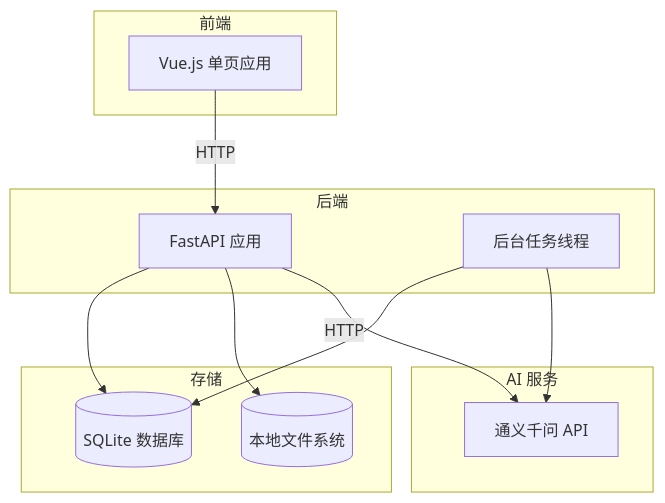
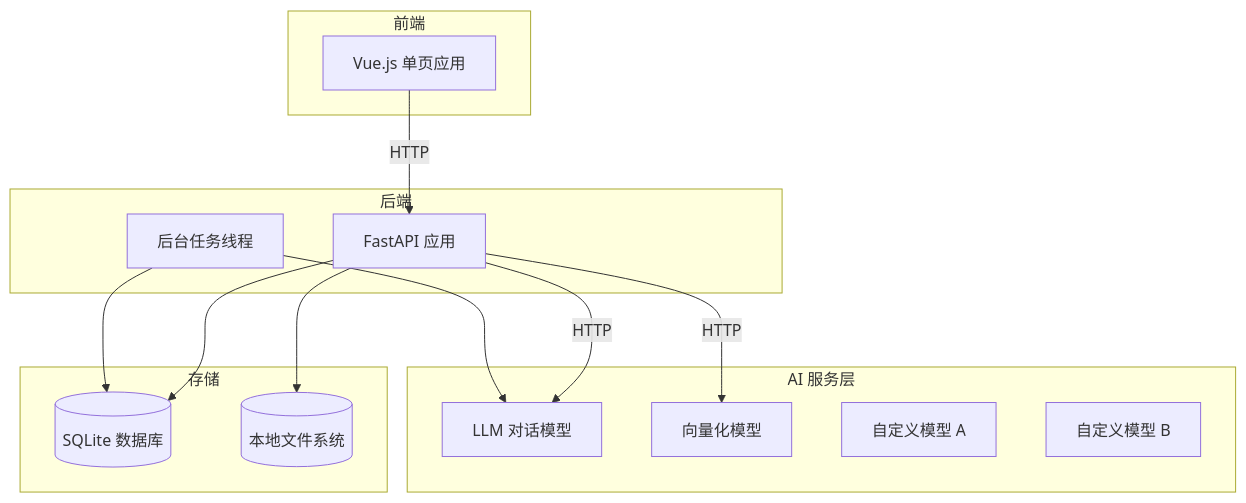
The diagram in .monkeycode/specs/hr-recruitment-assistant/design-mvp.md (peterlyz/hr-ai), drawn with Mermaid before and after one commit. The commit also changed other lines of this file, not shown here.

````diff
--- a/.monkeycode/specs/hr-recruitment-assistant/design-mvp.md
+++ b/.monkeycode/specs/hr-recruitment-assistant/design-mvp.md
@@ -41,27 +46,31 @@
 ```mermaid
 graph TB
     subgraph 前端
         A[Vue.js 单页应用]
     end
     
     subgraph 后端
         B[FastAPI 应用]
         C[后台任务线程]
     end
     
     subgraph 存储
         D[(SQLite 数据库)]
         E[(本地文件系统)]
     end
     
-    subgraph AI 服务
-        F[通义千问 API]
+    subgraph AI 服务层
+        F[LLM 对话模型]
+        G[向量化模型]
+        H[自定义模型 A]
+        I[自定义模型 B]
     end
     
     A -->|HTTP| B
     B --> D
     B --> E
     B -->|HTTP| F
+    B -->|HTTP| G
     C --> D
     C --> F
 ```
````
